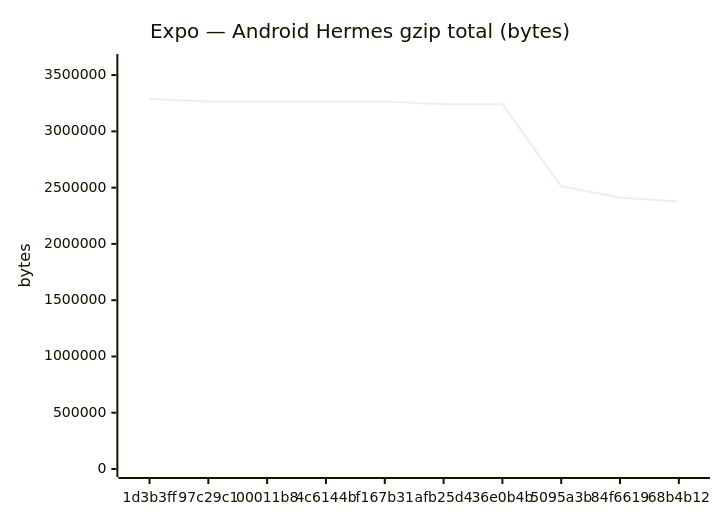
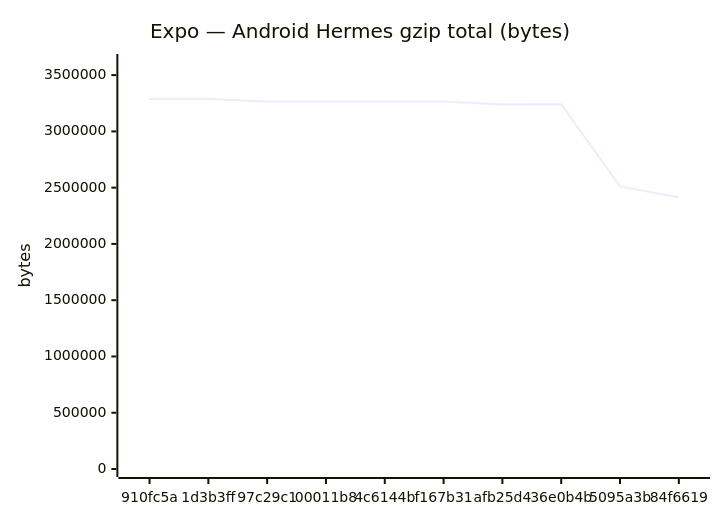
The fifth of 18 diagrams in benchmarks/compare.md (Metaheurist/Rianell), drawn with Mermaid before and after one commit. The commit also changed other lines of this file and 11 other files, not shown here.

````diff
--- a/benchmarks/compare.md
+++ b/benchmarks/compare.md
@@ -89,7 +89,7 @@
 ```mermaid
 xychart-beta
     title "Expo — Android Hermes gzip total (bytes)"
-    x-axis ["1d3b3ff", "97c29c1", "00011b8", "4c6144b", "f167b31", "afb25d4", "36e0b4b", "5095a3b", "84f6619", "68b4b12"]
-    y-axis "bytes" 0 --> 3616167
-    line [3287424, 3266092, 3266094, 3266092, 3266093, 3239886, 3240548, 2511667, 2411913, 2377489]
+    x-axis ["910fc5a", "1d3b3ff", "97c29c1", "00011b8", "4c6144b", "f167b31", "afb25d4", "36e0b4b", "5095a3b", "84f6619"]
+    y-axis "bytes" 0 --> 3616656
+    line [3287869, 3287424, 3266092, 3266094, 3266092, 3266093, 3239886, 3240548, 2511667, 2411913]
 ```
````
